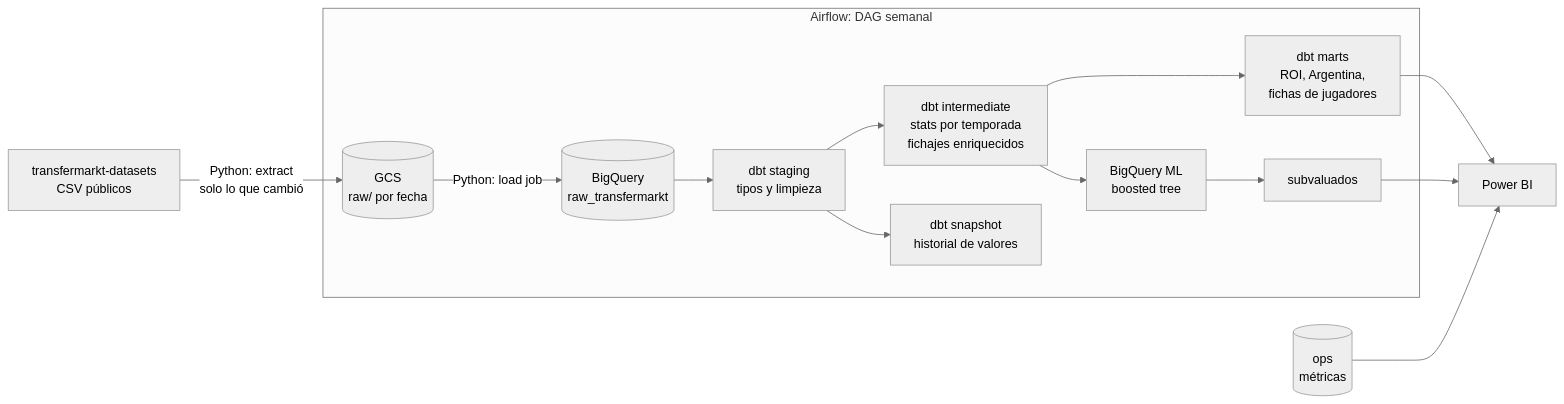
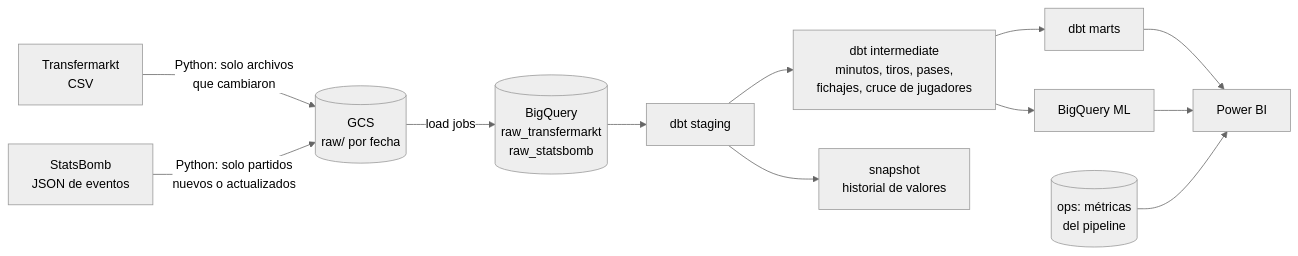
One commit to Martinix584/Fuchibol changed the first of 3 diagrams in README.md. Above: the diagram before and after it, drawn with Mermaid (neutral theme). The commit also changed other lines of this file and 81 other files, not shown here.

````diff
--- a/README.md
+++ b/README.md
@@ -15,24 +40,14 @@
 ```mermaid
 flowchart LR
-    A[transfermarkt-datasets<br/>CSV públicos] -->|Python: extract<br/>solo lo que cambió| B[(GCS<br/>raw/ por fecha)]
-    B -->|Python: load job| C[(BigQuery<br/>raw_transfermarkt)]
-    C --> D[dbt staging<br/>tipos y limpieza]
-    D --> E[dbt intermediate<br/>stats por temporada<br/>fichajes enriquecidos]
-    D --> S[dbt snapshot<br/>historial de valores]
-    E --> F[dbt marts<br/>ROI, Argentina,<br/>fichas de jugadores]
-    E --> M[BigQuery ML<br/>boosted tree]
-    M --> G[subvaluados]
-    F --> P[Power BI]
-    G --> P
-    O[(ops<br/>métricas)] --> P
-    subgraph Airflow [Airflow: DAG semanal]
-        B
-        C
-        D
-        E
-        S
-        F
-        M
-        G
-    end
+    TM[Transfermarkt<br/>CSV] -->|Python: solo archivos<br/>que cambiaron| GCS[(GCS<br/>raw/ por fecha)]
+    SB[StatsBomb<br/>JSON de eventos] -->|Python: solo partidos<br/>nuevos o actualizados| GCS
+    GCS -->|load jobs| RAW[(BigQuery<br/>raw_transfermarkt<br/>raw_statsbomb)]
+    RAW --> STG[dbt staging]
+    STG --> INT[dbt intermediate<br/>minutos, tiros, pases,<br/>fichajes, cruce de jugadores]
+    STG --> SNAP[snapshot<br/>historial de valores]
+    INT --> MARTS[dbt marts]
+    INT --> ML[BigQuery ML]
+    MARTS --> PBI[Power BI]
+    ML --> PBI
+    OPS[(ops: métricas<br/>del pipeline)] --> PBI
 ```
````
